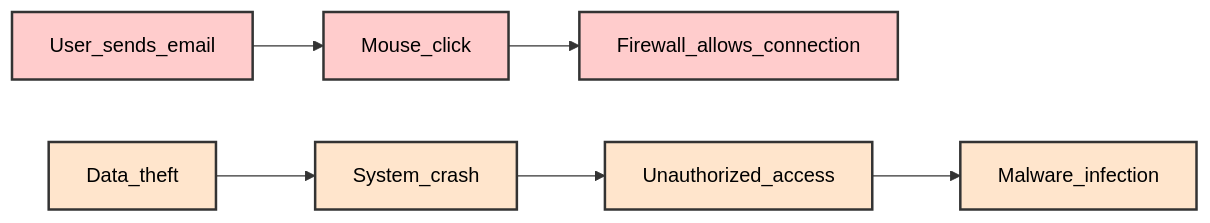
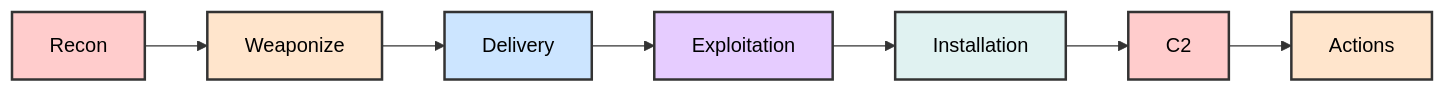
Before and after one commit to manojxshrestha/SOC-Analyst-Cheatsheet: the fourth of 29 diagrams in 1-Incident-Handling-Process/README.md, drawn with Mermaid. The commit also changed other lines of this file, not shown here.

Commit message:
Fix mermaid diagrams in Module 1 - add pastel backgrounds and proper formatting

````diff
--- a/1-Incident-Handling-Process/README.md
+++ b/1-Incident-Handling-Process/README.md
@@ -79,13 +192,12 @@
 ```mermaid
 graph LR
-    User_sends_email --> Mouse_click --> Firewall_allows_connection
-    Data_theft --> System_crash --> Unauthorized_access --> Malware_infection
+    A["Recon"] --> B["Weaponize"] --> C["Delivery"] --> D["Exploitation"] --> E["Installation"] --> F["C2"] --> G["Actions"]
     
-    style User_sends_email fill:#ffcccc,stroke:#333,stroke-width:2px,color:#000
-    style Mouse_click fill:#ffcccc,stroke:#333,stroke-width:2px,color:#000
-    style Firewall_allows_connection fill:#ffcccc,stroke:#333,stroke-width:2px,color:#000
-    style Data_theft fill:#ffe5cc,stroke:#333,stroke-width:2px,color:#000
-    style System_crash fill:#ffe5cc,stroke:#333,stroke-width:2px,color:#000
-    style Unauthorized_access fill:#ffe5cc,stroke:#333,stroke-width:2px,color:#000
-    style Malware_infection fill:#ffe5cc,stroke:#333,stroke-width:2px,color:#000
+    style A fill:#ffcccc,stroke:#333,stroke-width:2px,color:#000
+    style B fill:#ffe5cc,stroke:#333,stroke-width:2px,color:#000
+    style C fill:#cce5ff,stroke:#333,stroke-width:2px,color:#000
+    style D fill:#e6ccff,stroke:#333,stroke-width:2px,color:#000
+    style E fill:#e0f2f1,stroke:#333,stroke-width:2px,color:#000
+    style F fill:#ffcccc,stroke:#333,stroke-width:2px,color:#000
+    style G fill:#ffe5cc,stroke:#333,stroke-width:2px,color:#000
 ```
````
